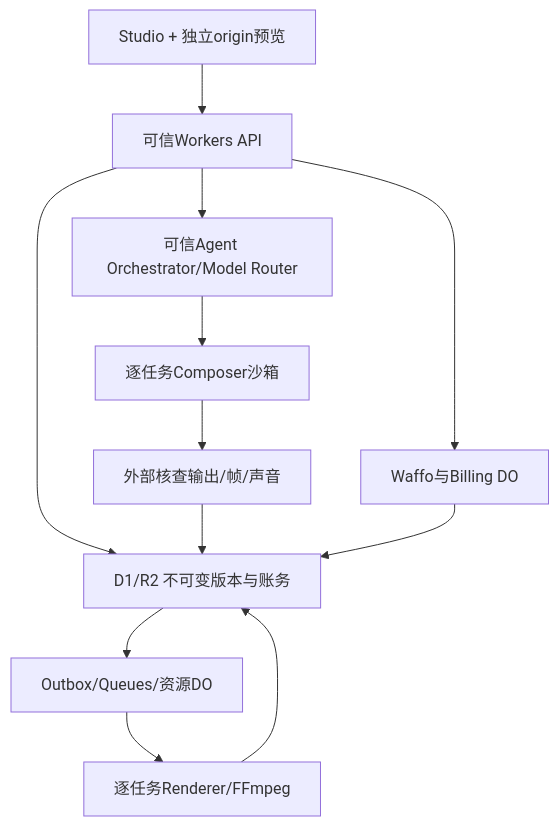
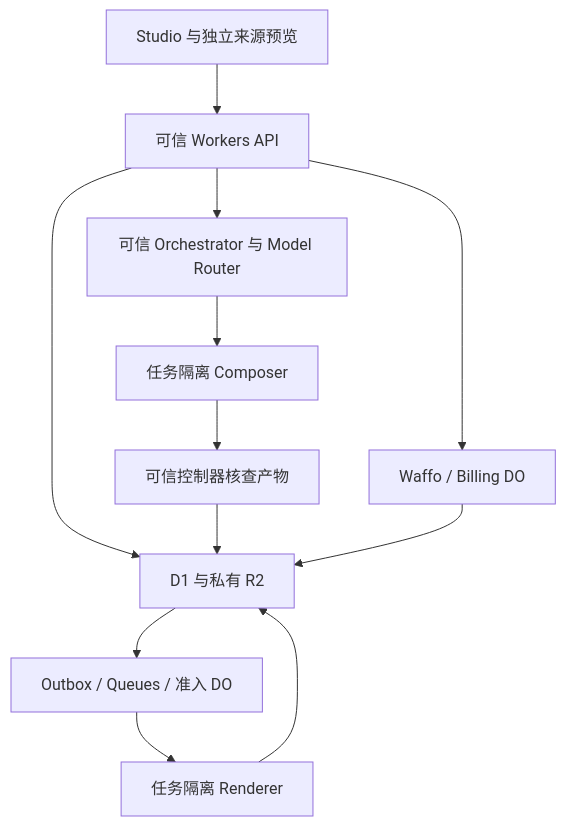
The diagram in docs/prd/04-architecture-and-data.md (ten2ten2/promobento), drawn with Mermaid before and after one commit. The commit also changed other lines of this file and 50 other files, not shown here.

````diff
--- a/docs/prd/04-architecture-and-data.md
+++ b/docs/prd/04-architecture-and-data.md
@@ -20,14 +20,14 @@
 ```mermaid
 flowchart TD
-  UI[Studio + 独立origin预览] --> API[可信Workers API]
-  API --> DB[D1/R2 不可变版本与账务]
-  API --> ORCH[可信Agent Orchestrator/Model Router]
-  ORCH --> RUN[逐任务Composer沙箱]
-  RUN --> QA[外部核查输出/帧/声音]
-  QA --> DB
-  DB --> Q[Outbox/Queues/资源DO]
-  Q --> R[逐任务Renderer/FFmpeg]
-  R --> DB
-  API --> PAY[Waffo与Billing DO]
-  PAY --> DB
+  UI[Studio 与独立来源预览] --> API[可信 Workers API]
+  API --> DATA[D1 与私有 R2]
+  API --> AGENT[可信 Orchestrator 与 Model Router]
+  AGENT --> BOX[任务隔离 Composer]
+  BOX --> CHECK[可信控制器核查产物]
+  CHECK --> DATA
+  DATA --> QUEUE[Outbox / Queues / 准入 DO]
+  QUEUE --> RENDER[任务隔离 Renderer]
+  RENDER --> DATA
+  API --> PAY[Waffo / Billing DO]
+  PAY --> DATA
 ```
````
